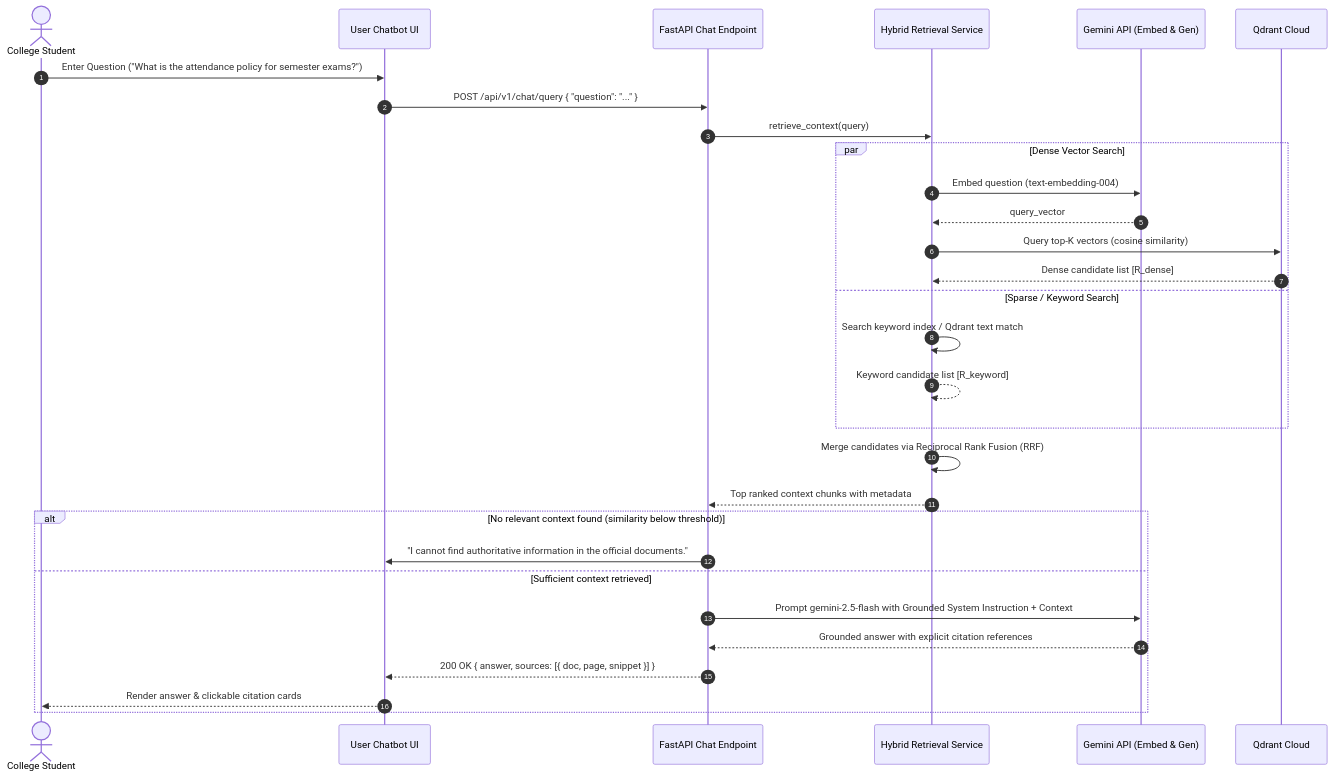
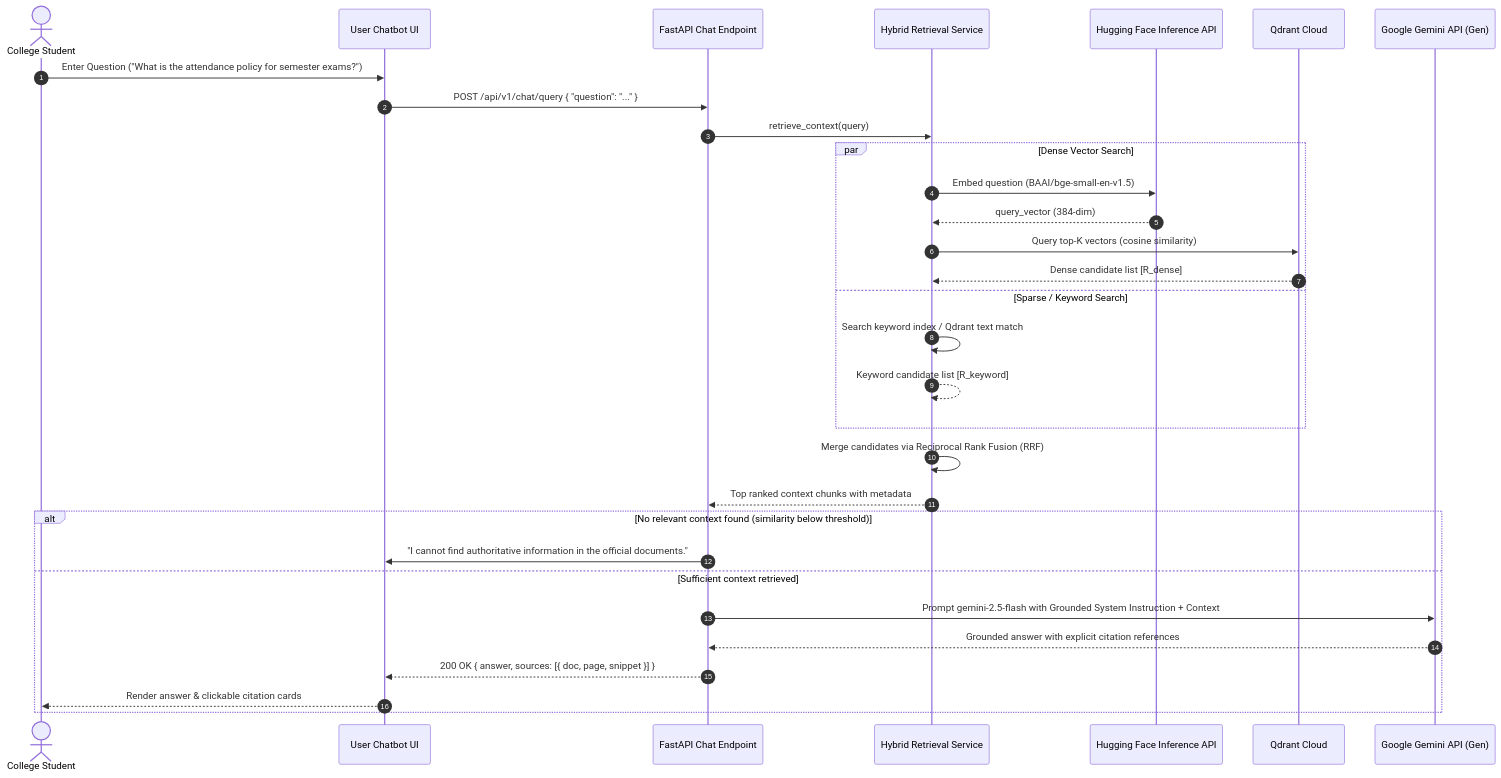
Before and after one commit to manmathk31/RAG-Based-College-Knowledge-Assistant: the second of 2 diagrams in docs/architecture/DATA_FLOW.md, drawn with Mermaid. The commit also changed other lines of this file and 29 other files, not shown here.

````diff
--- a/docs/architecture/DATA_FLOW.md
+++ b/docs/architecture/DATA_FLOW.md
@@ -79,37 +79,38 @@
 ```mermaid
 sequenceDiagram
     autonumber
     actor Student as College Student
     participant UserApp as User Chatbot UI
     participant API as FastAPI Chat Endpoint
     participant Retrieval as Hybrid Retrieval Service
-    participant GeminiAPI as Gemini API (Embed & Gen)
+    participant HFEmbed as Hugging Face Inference API
     participant Qdrant as Qdrant Cloud
+    participant GeminiGen as Google Gemini API (Gen)
 
     Student->>UserApp: Enter Question ("What is the attendance policy for semester exams?")
     UserApp->>API: POST /api/v1/chat/query { "question": "..." }
 
     API->>Retrieval: retrieve_context(query)
     
     par Dense Vector Search
-        Retrieval->>GeminiAPI: Embed question (text-embedding-004)
-        GeminiAPI-->>Retrieval: query_vector
+        Retrieval->>HFEmbed: Embed question (BAAI/bge-small-en-v1.5)
+        HFEmbed-->>Retrieval: query_vector (384-dim)
         Retrieval->>Qdrant: Query top-K vectors (cosine similarity)
         Qdrant-->>Retrieval: Dense candidate list [R_dense]
     and Sparse / Keyword Search
         Retrieval->>Retrieval: Search keyword index / Qdrant text match
         Retrieval-->>Retrieval: Keyword candidate list [R_keyword]
     end
 
     Retrieval->>Retrieval: Merge candidates via Reciprocal Rank Fusion (RRF)
     Retrieval-->>API: Top ranked context chunks with metadata
 
     alt No relevant context found (similarity below threshold)
         API->>UserApp: "I cannot find authoritative information in the official documents."
     else Sufficient context retrieved
-        API->>GeminiAPI: Prompt gemini-2.5-flash with Grounded System Instruction + Context
-        GeminiAPI-->>API: Grounded answer with explicit citation references
+        API->>GeminiGen: Prompt gemini-2.5-flash with Grounded System Instruction + Context
+        GeminiGen-->>API: Grounded answer with explicit citation references
         API-->>UserApp: 200 OK { answer, sources: [{ doc, page, snippet }] }
         UserApp-->>Student: Render answer & clickable citation cards
     end
 ```
````
